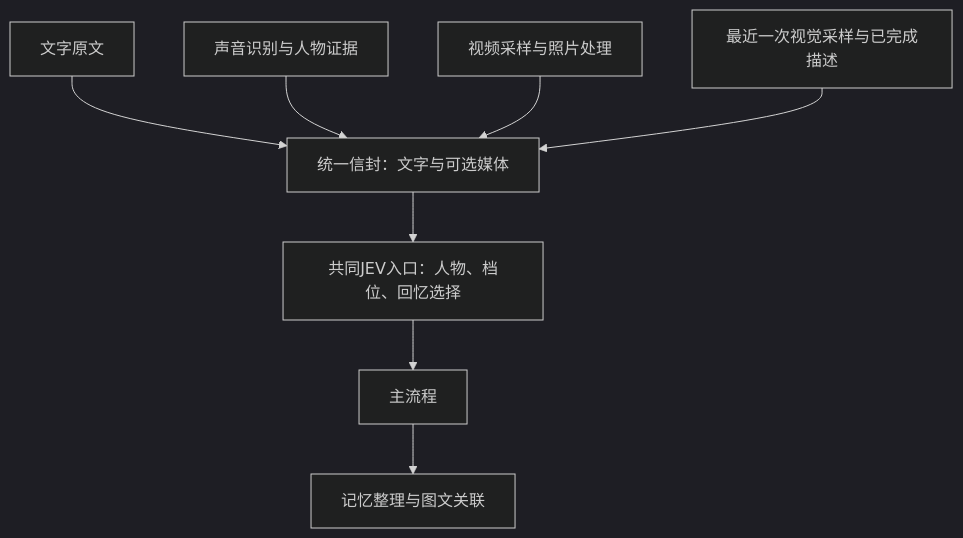
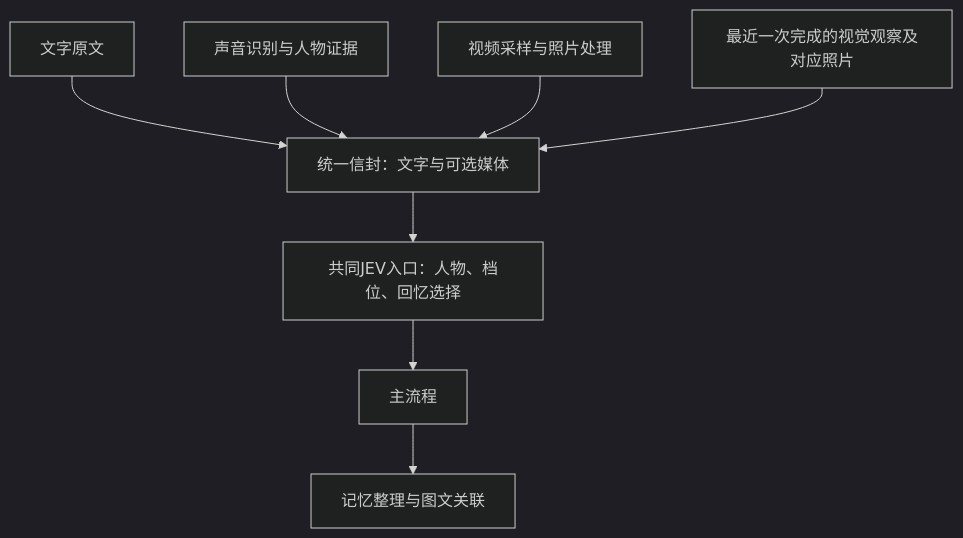
Before and after one commit to Llllsuhdjhhd/JShi: the diagram in doc/视觉输入.md, drawn with Mermaid (dark theme). The commit also changed other lines of this file and 73 other files, not shown here.

First line of the commit message:
feat: 接入本机千问读图与语音，改善打断和画面刷新

````diff
--- a/doc/视觉输入.md
+++ b/doc/视觉输入.md
@@ -52,10 +52,10 @@
 ```mermaid
 flowchart TB
  T[文字原文] --> P[统一信封：文字与可选媒体]
  A[声音识别与人物证据] --> P
  V[视频采样与照片处理] --> P
- S[最近一次视觉采样与已完成描述] --> P
+ S[最近一次完成的视觉观察及对应照片] --> P
  P --> J[共同JEV入口：人物、档位、回忆选择]
  J --> M[主流程]
  M --> R[记忆整理与图文关联]
 ```
````
